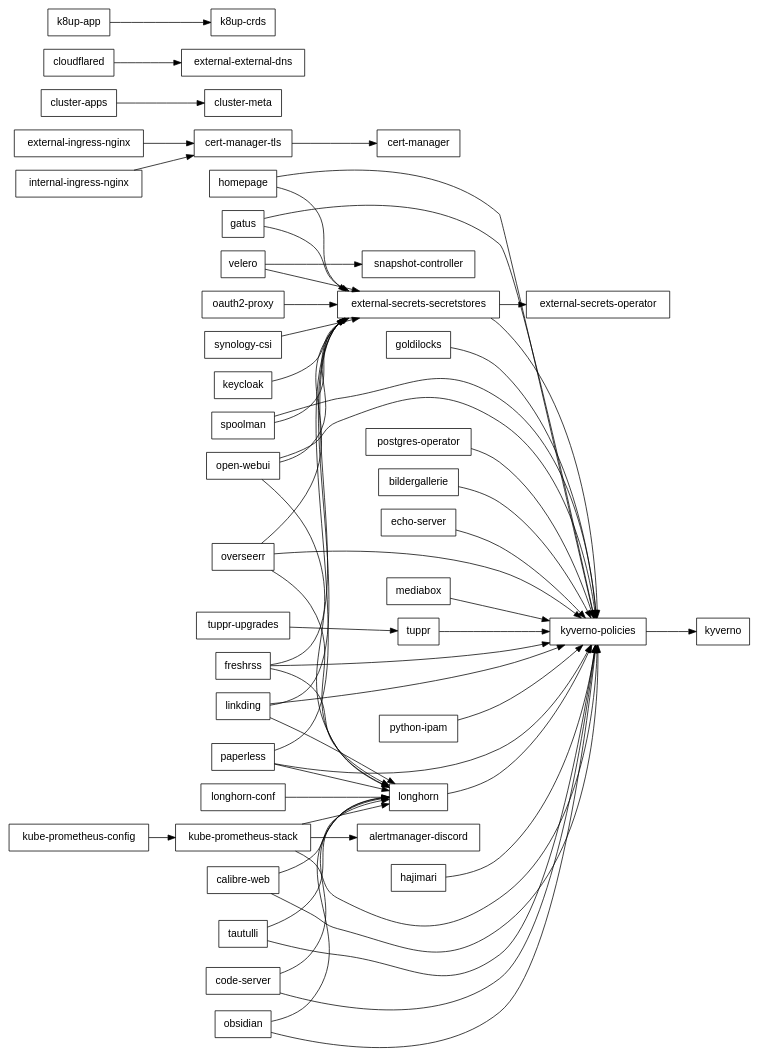
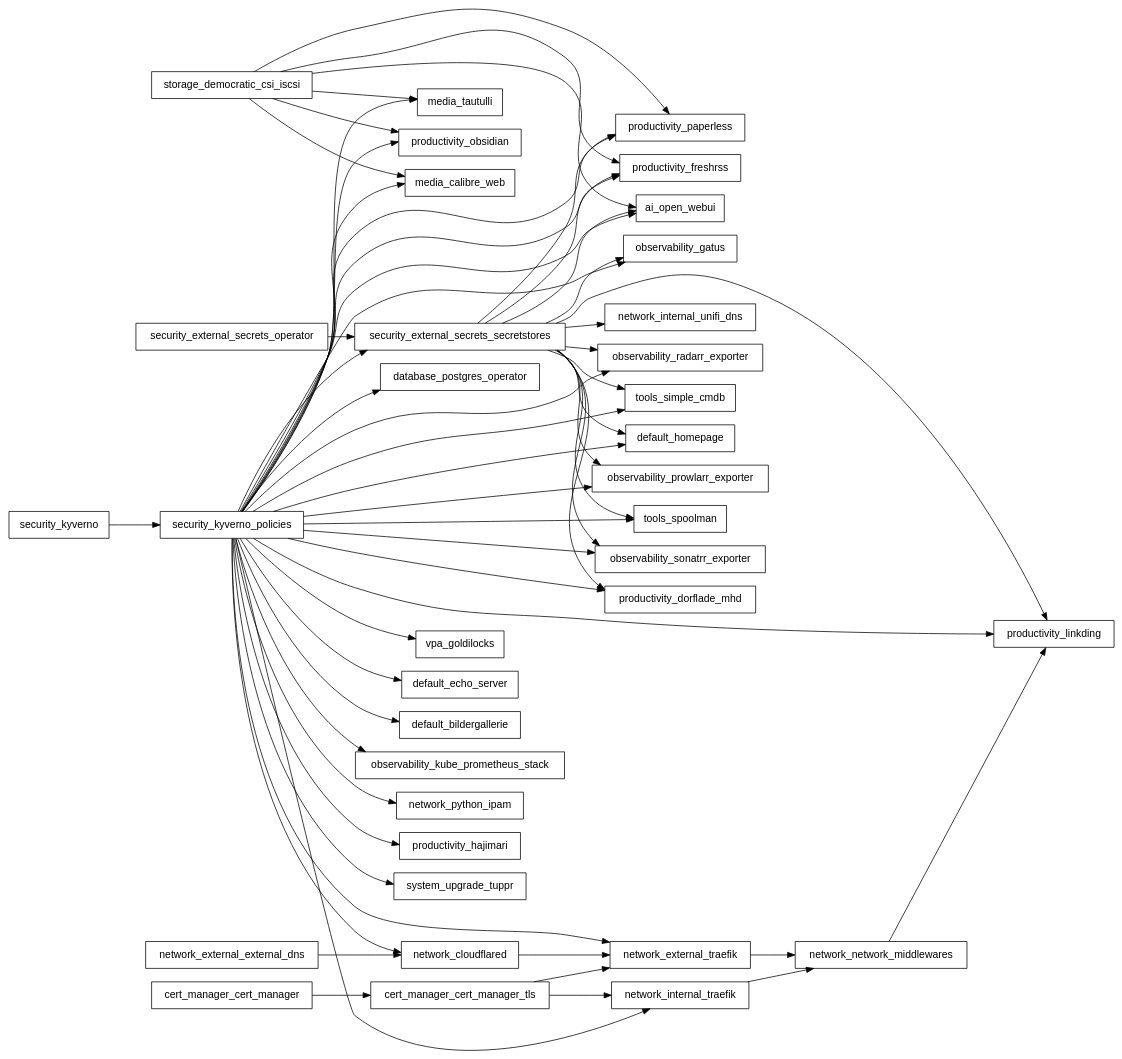
One commit to tuxpeople/k8s-homelab changed the diagram in docs/flux-dependencies.dot. Above: the diagram before and after it, drawn with Graphviz. The commit also changed 23 other files, not shown here.

```diff
--- a/docs/flux-dependencies.dot
+++ b/docs/flux-dependencies.dot
@@ -1,62 +1,60 @@
 digraph G {
   rankdir=LR;
   node [style=filled, fillcolor=white, fontname="Helvetica", shape=box];
-  "open-webui" -> "external-secrets-secretstores" [color=black];
-  "open-webui" -> "kyverno-policies" [color=black];
-  "open-webui" -> "longhorn" [color=black];
-  "cert-manager-tls" -> "cert-manager" [color=black];
-  "postgres-operator" -> "kyverno-policies" [color=black];
-  "bildergallerie" -> "kyverno-policies" [color=black];
-  "echo-server" -> "kyverno-policies" [color=black];
-  "homepage" -> "external-secrets-secretstores" [color=black];
-  "homepage" -> "kyverno-policies" [color=black];
-  "cluster-apps" -> "cluster-meta" [color=black];
-  "calibre-web" -> "kyverno-policies" [color=black];
-  "calibre-web" -> "longhorn" [color=black];
-  "mediabox" -> "kyverno-policies" [color=black];
-  "overseerr" -> "kyverno-policies" [color=black];
-  "overseerr" -> "longhorn" [color=black];
-  "overseerr" -> "external-secrets-secretstores" [color=black];
-  "tautulli" -> "kyverno-policies" [color=black];
-  "tautulli" -> "longhorn" [color=black];
-  "cloudflared" -> "external-external-dns" [color=black];
-  "external-ingress-nginx" -> "cert-manager-tls" [color=black];
-  "internal-ingress-nginx" -> "cert-manager-tls" [color=black];
-  "python-ipam" -> "kyverno-policies" [color=black];
-  "gatus" -> "kyverno-policies" [color=black];
-  "gatus" -> "external-secrets-secretstores" [color=black];
-  "kube-prometheus-config" -> "kube-prometheus-stack" [color=black];
-  "kube-prometheus-stack" -> "kyverno-policies" [color=black];
-  "kube-prometheus-stack" -> "longhorn" [color=black];
-  "kube-prometheus-stack" -> "alertmanager-discord" [color=black];
-  "code-server" -> "kyverno-policies" [color=black];
-  "code-server" -> "longhorn" [color=black];
-  "freshrss" -> "external-secrets-secretstores" [color=black];
-  "freshrss" -> "kyverno-policies" [color=black];
-  "freshrss" -> "longhorn" [color=black];
-  "hajimari" -> "kyverno-policies" [color=black];
-  "linkding" -> "kyverno-policies" [color=black];
-  "linkding" -> "longhorn" [color=black];
-  "linkding" -> "external-secrets-secretstores" [color=black];
-  "obsidian" -> "kyverno-policies" [color=black];
-  "obsidian" -> "longhorn" [color=black];
-  "paperless" -> "kyverno-policies" [color=black];
-  "paperless" -> "longhorn" [color=black];
-  "paperless" -> "external-secrets-secretstores" [color=black];
-  "external-secrets-secretstores" -> "kyverno-policies" [color=black];
-  "external-secrets-secretstores" -> "external-secrets-operator" [color=black];
-  "kyverno-policies" -> "kyverno" [color=black];
-  "k8up-app" -> "k8up-crds" [color=black];
-  "longhorn" -> "kyverno-policies" [color=black];
-  "longhorn-conf" -> "longhorn" [color=black];
-  "synology-csi" -> "external-secrets-secretstores" [color=black];
-  "velero" -> "external-secrets-secretstores" [color=black];
-  "velero" -> "snapshot-controller" [color=black];
-  "tuppr" -> "kyverno-policies" [color=black];
-  "tuppr-upgrades" -> "tuppr" [color=black];
-  "keycloak" -> "external-secrets-secretstores" [color=black];
-  "oauth2-proxy" -> "external-secrets-secretstores" [color=black];
-  "spoolman" -> "external-secrets-secretstores" [color=black];
-  "spoolman" -> "kyverno-policies" [color=black];
-  "goldilocks" -> "kyverno-policies" [color=black];
+  "security_external_secrets_secretstores" -> "network_internal_unifi_dns" [color=black];
+  "security_external_secrets_secretstores" -> "observability_sonatrr_exporter" [color=black];
+  "security_kyverno_policies" -> "observability_kube_prometheus_stack" [color=black];
+  "security_kyverno_policies" -> "observability_sonatrr_exporter" [color=black];
+  "security_kyverno_policies" -> "network_python_ipam" [color=black];
+  "storage_democratic_csi_iscsi" -> "ai_open_webui" [color=black];
+  "security_kyverno_policies" -> "productivity_paperless" [color=black];
+  "security_kyverno_policies" -> "tools_simple_cmdb" [color=black];
+  "security_kyverno_policies" -> "database_postgres_operator" [color=black];
+  "security_kyverno_policies" -> "productivity_linkding" [color=black];
+  "security_kyverno_policies" -> "productivity_obsidian" [color=black];
+  "network_cloudflared" -> "network_external_traefik" [color=black];
+  "security_external_secrets_secretstores" -> "default_homepage" [color=black];
+  "security_kyverno_policies" -> "network_internal_traefik" [color=black];
+  "security_kyverno_policies" -> "observability_prowlarr_exporter" [color=black];
+  "security_kyverno_policies" -> "tools_spoolman" [color=black];
+  "security_kyverno_policies" -> "productivity_freshrss" [color=black];
+  "security_kyverno_policies" -> "vpa_goldilocks" [color=black];
+  "security_kyverno_policies" -> "security_external_secrets_secretstores" [color=black];
+  "security_kyverno_policies" -> "default_echo_server" [color=black];
+  "cert_manager_cert_manager_tls" -> "network_external_traefik" [color=black];
+  "security_external_secrets_secretstores" -> "tools_spoolman" [color=black];
+  "security_external_secrets_secretstores" -> "productivity_linkding" [color=black];
+  "security_kyverno_policies" -> "network_external_traefik" [color=black];
+  "cert_manager_cert_manager" -> "cert_manager_cert_manager_tls" [color=black];
+  "security_external_secrets_secretstores" -> "ai_open_webui" [color=black];
+  "storage_democratic_csi_iscsi" -> "media_calibre_web" [color=black];
+  "security_external_secrets_secretstores" -> "observability_prowlarr_exporter" [color=black];
+  "security_kyverno_policies" -> "default_bildergallerie" [color=black];
+  "storage_democratic_csi_iscsi" -> "productivity_obsidian" [color=black];
+  "network_internal_traefik" -> "network_network_middlewares" [color=black];
+  "security_external_secrets_operator" -> "security_external_secrets_secretstores" [color=black];
+  "network_external_traefik" -> "network_network_middlewares" [color=black];
+  "security_kyverno_policies" -> "ai_open_webui" [color=black];
+  "security_kyverno_policies" -> "network_cloudflared" [color=black];
+  "security_external_secrets_secretstores" -> "productivity_paperless" [color=black];
+  "security_kyverno_policies" -> "productivity_hajimari" [color=black];
+  "security_kyverno_policies" -> "productivity_dorflade_mhd" [color=black];
+  "security_kyverno_policies" -> "system_upgrade_tuppr" [color=black];
+  "security_kyverno_policies" -> "media_calibre_web" [color=black];
+  "security_external_secrets_secretstores" -> "observability_gatus" [color=black];
+  "security_kyverno_policies" -> "observability_gatus" [color=black];
+  "network_network_middlewares" -> "productivity_linkding" [color=black];
+  "security_external_secrets_secretstores" -> "observability_radarr_exporter" [color=black];
+  "security_external_secrets_secretstores" -> "productivity_freshrss" [color=black];
+  "security_kyverno_policies" -> "default_homepage" [color=black];
+  "network_external_external_dns" -> "network_cloudflared" [color=black];
+  "storage_democratic_csi_iscsi" -> "media_tautulli" [color=black];
+  "cert_manager_cert_manager_tls" -> "network_internal_traefik" [color=black];
+  "security_external_secrets_secretstores" -> "productivity_dorflade_mhd" [color=black];
+  "security_kyverno" -> "security_kyverno_policies" [color=black];
+  "security_kyverno_policies" -> "observability_radarr_exporter" [color=black];
+  "security_external_secrets_secretstores" -> "tools_simple_cmdb" [color=black];
+  "storage_democratic_csi_iscsi" -> "productivity_freshrss" [color=black];
+  "storage_democratic_csi_iscsi" -> "productivity_paperless" [color=black];
+  "security_kyverno_policies" -> "media_tautulli" [color=black];
 }
```
